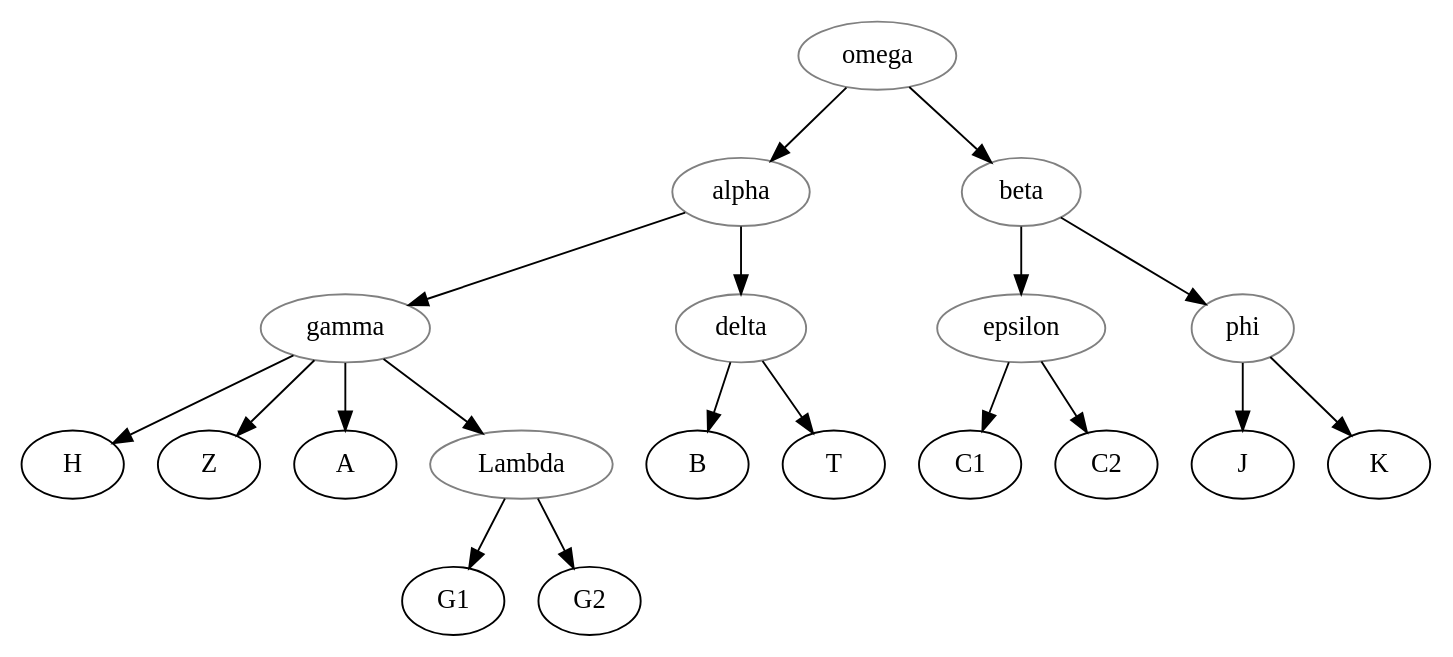
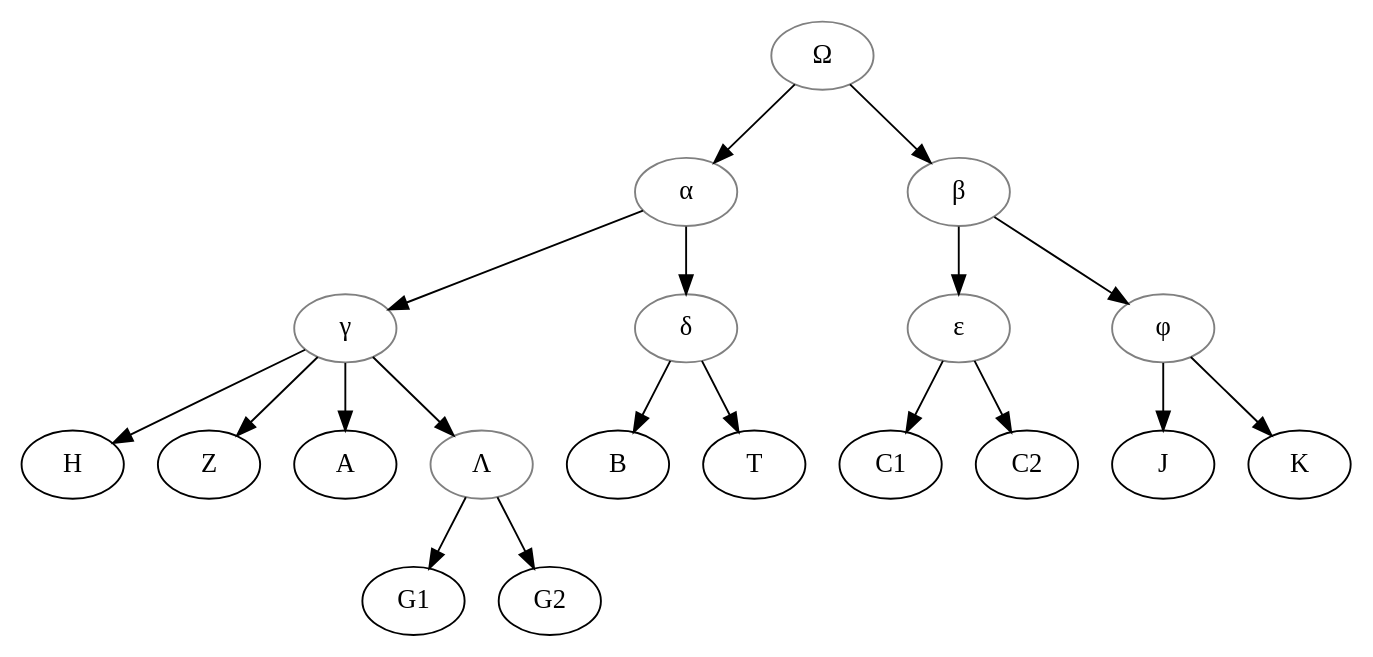
The diagram in data/gez/MengistuKebede_2016_GadlaHawaryat/stemma.gv (OpenStemmata/database), drawn with Graphviz before and after one commit. The commit also changed 16 other files, not shown here.

```diff
--- a/data/gez/MengistuKebede_2016_GadlaHawaryat/stemma.gv
+++ b/data/gez/MengistuKebede_2016_GadlaHawaryat/stemma.gv
@@ -1,35 +1,35 @@
 digraph {
     omega -> alpha;
     omega -> beta;
 
     alpha -> gamma;
     alpha -> delta;
 
     gamma -> H;
     gamma -> Z;
     gamma -> A;
     gamma -> Lambda;
     
     Lambda -> G1;
     Lambda -> G2;
 
     delta -> B;
     delta -> T;
 
     beta -> epsilon;
     beta -> phi;
 
     epsilon -> C1;
     epsilon -> C2;
     phi -> J;
     phi -> K;
 
-    omega [color="grey"];
-    alpha [color="grey"];
-    beta [color="grey"];
-    gamma [color="grey"];
-    delta [color="grey"];
-    Lambda [color="grey"];
-    epsilon [color="grey"];
-    phi [color="grey"];
+    omega [color="grey", label="Ω"];
+    alpha [color="grey", label="α"];
+    beta [color="grey", label="β"];
+    gamma [color="grey", label="γ"];
+    delta [color="grey", label="δ"];
+    Lambda [color="grey", label="Λ"];
+    epsilon [color="grey", label="ε"];
+    phi [color="grey", label="φ"];
 }
```
